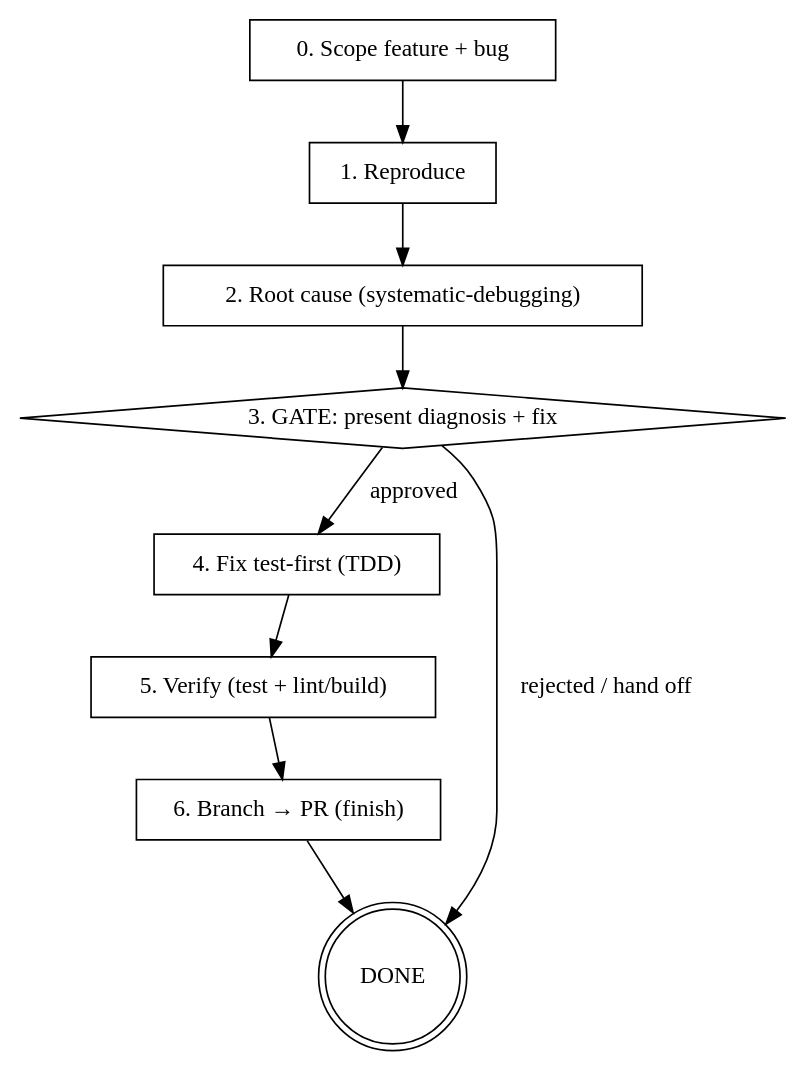
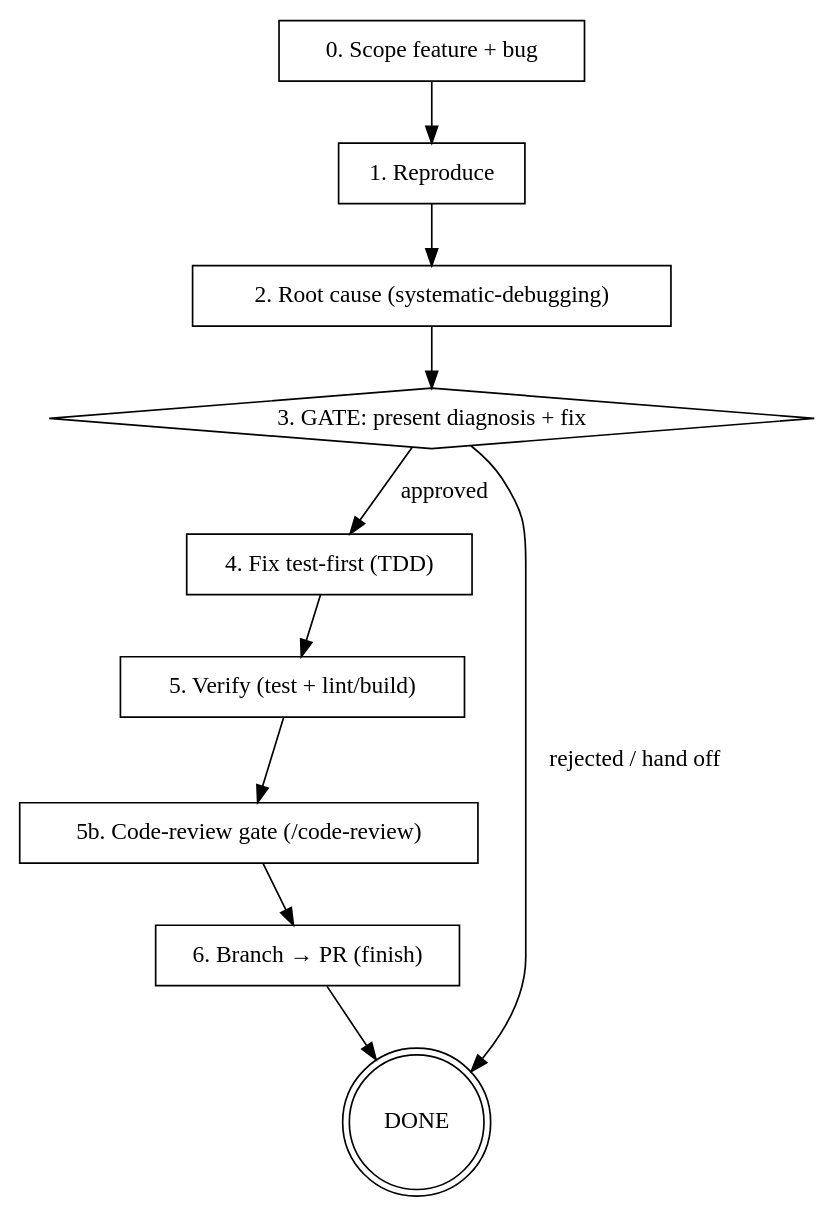
One commit to miroo93/dev-workflows changed the diagram in skills/troubleshoot/SKILL.md. Above: the diagram before and after it, drawn with Graphviz. The commit also changed other lines of this file and 5 other files, not shown here.

First line of the commit message:
Wire /code-review gate into feature, improve, and troubleshoot workflows

````diff
--- a/skills/troubleshoot/SKILL.md
+++ b/skills/troubleshoot/SKILL.md
@@ -47,22 +47,24 @@
 ```dot
 digraph troubleshoot {
     rankdir=TB;
     "0. Scope feature + bug" [shape=box];
     "1. Reproduce" [shape=box];
     "2. Root cause (systematic-debugging)" [shape=box];
     "3. GATE: present diagnosis + fix" [shape=diamond];
     "4. Fix test-first (TDD)" [shape=box];
     "5. Verify (test + lint/build)" [shape=box];
+    "5b. Code-review gate (/code-review)" [shape=box];
     "6. Branch → PR (finish)" [shape=box];
     "DONE" [shape=doublecircle];
 
     "0. Scope feature + bug" -> "1. Reproduce";
     "1. Reproduce" -> "2. Root cause (systematic-debugging)";
     "2. Root cause (systematic-debugging)" -> "3. GATE: present diagnosis + fix";
     "3. GATE: present diagnosis + fix" -> "4. Fix test-first (TDD)" [label="approved"];
     "3. GATE: present diagnosis + fix" -> "DONE" [label="rejected / hand off"];
     "4. Fix test-first (TDD)" -> "5. Verify (test + lint/build)";
-    "5. Verify (test + lint/build)" -> "6. Branch → PR (finish)";
+    "5. Verify (test + lint/build)" -> "5b. Code-review gate (/code-review)";
+    "5b. Code-review gate (/code-review)" -> "6. Branch → PR (finish)";
     "6. Branch → PR (finish)" -> "DONE";
 }
 ```
````
